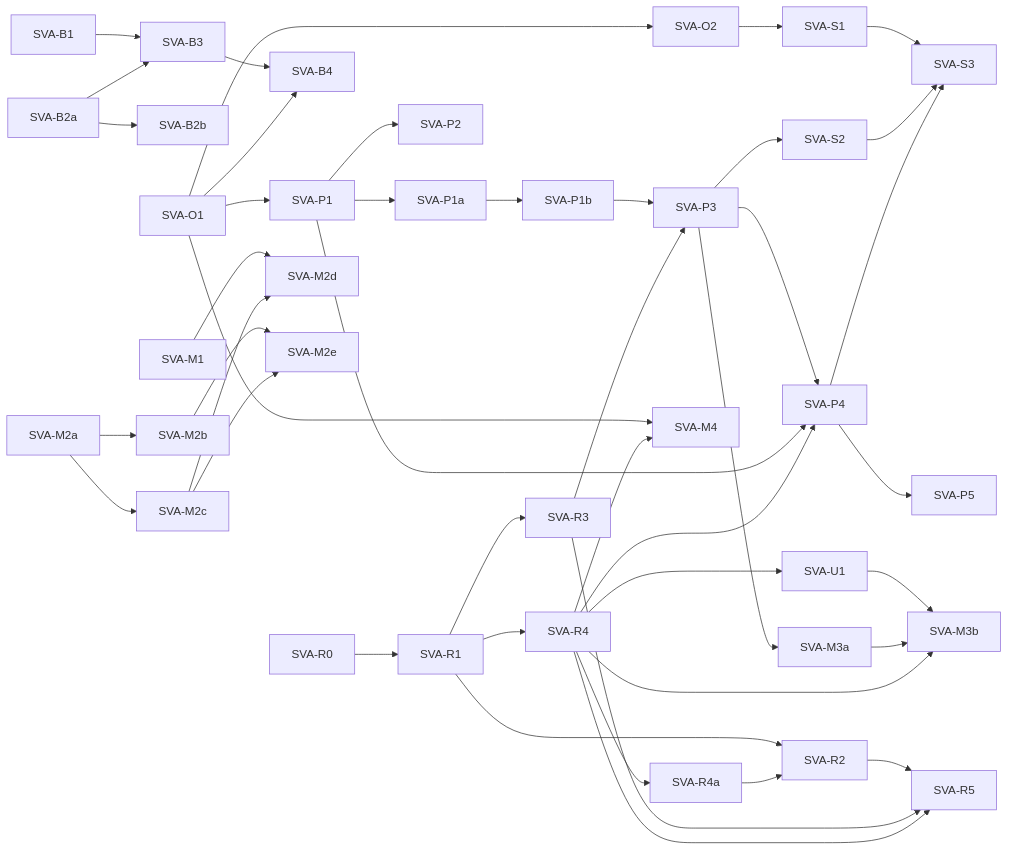
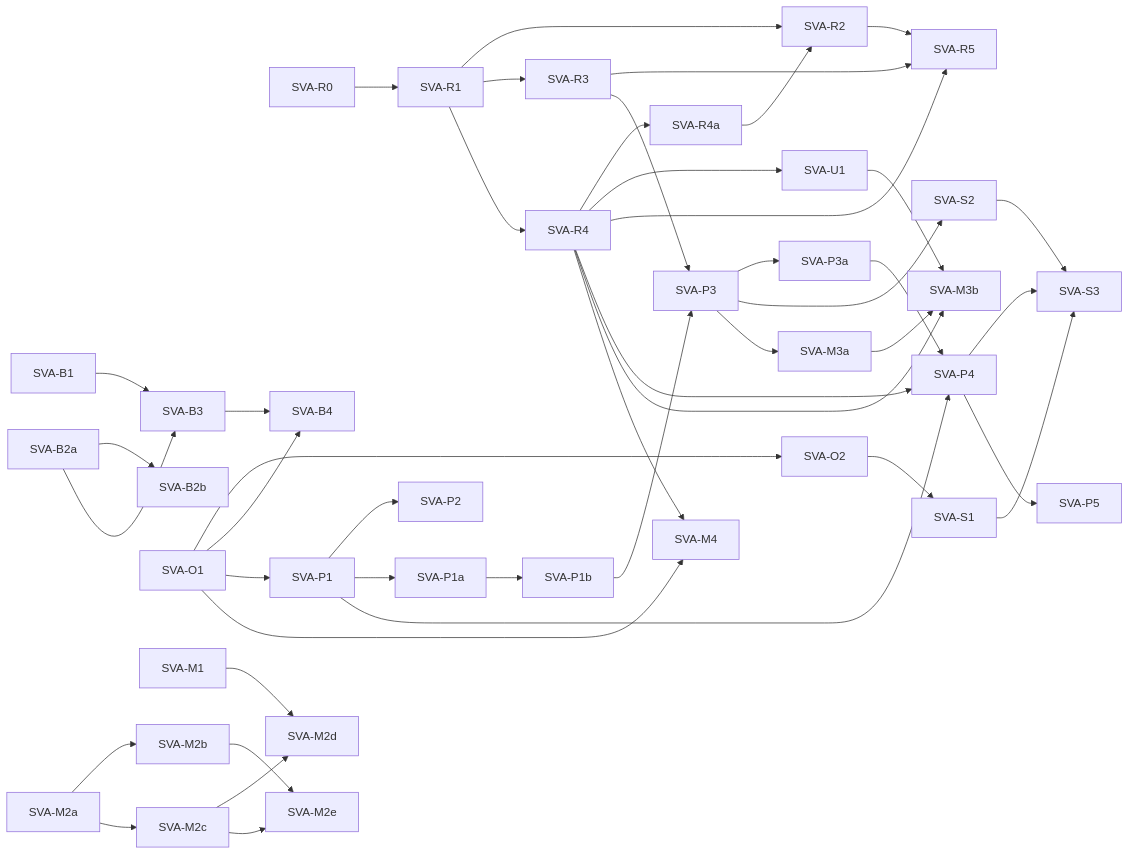
The diagram in docs/developer/plans/studio-visual-authoring.md (nebularis/lattice), drawn with Mermaid before and after one commit. The commit also changed other lines of this file and 3 other files, not shown here.

````diff
--- a/docs/developer/plans/studio-visual-authoring.md
+++ b/docs/developer/plans/studio-visual-authoring.md
@@ -134,46 +135,47 @@
 ```mermaid
 flowchart LR
     R0["SVA-R0"] --> R1["SVA-R1"]
     R1 --> R2["SVA-R2"]
     R1 --> R3["SVA-R3"]
     R1 --> R4["SVA-R4"]
     R4 --> R4a["SVA-R4a"]
     R4 --> U1["SVA-U1"]
     U1 --> M3b
     R4a --> R2
     R2 --> R5["SVA-R5"]
     R3 --> R5
     R4 --> R5
     B1["SVA-B1"] --> B3["SVA-B3"]
     B2a["SVA-B2a"] --> B2b["SVA-B2b"]
     B2a --> B3
     B3 --> B4["SVA-B4"]
     O1["SVA-O1"] --> O2["SVA-O2"]
     O1 --> B4
     O1 --> P1["SVA-P1"]
     O1 --> M4["SVA-M4"]
     O2 --> S1["SVA-S1"]
     P1 --> P2["SVA-P2"]
     P1 --> P1a["SVA-P1a"]
     P1a --> P1b["SVA-P1b"]
     P1b --> P3
     R3 --> P3["SVA-P3"]
-    P3 --> P4["SVA-P4"]
+    P3 --> P3a["SVA-P3a"]
+    P3a --> P4["SVA-P4"]
     P1 --> P4
     R4 --> P4
     P3 --> S2["SVA-S2"]
     S1 --> S3["SVA-S3"]
     S2 --> S3
     P4 --> S3
     P4 --> P5["SVA-P5"]
     M1["SVA-M1"] --> M2d["SVA-M2d"]
     M2a["SVA-M2a"] --> M2b["SVA-M2b"]
     M2a --> M2c["SVA-M2c"]
     M2c --> M2d
     M2b --> M2e["SVA-M2e"]
     M2c --> M2e
     P3 --> M3a["SVA-M3a"]
     M3a --> M3b["SVA-M3b"]
     R4 --> M3b
     R4 --> M4
 ```
````
